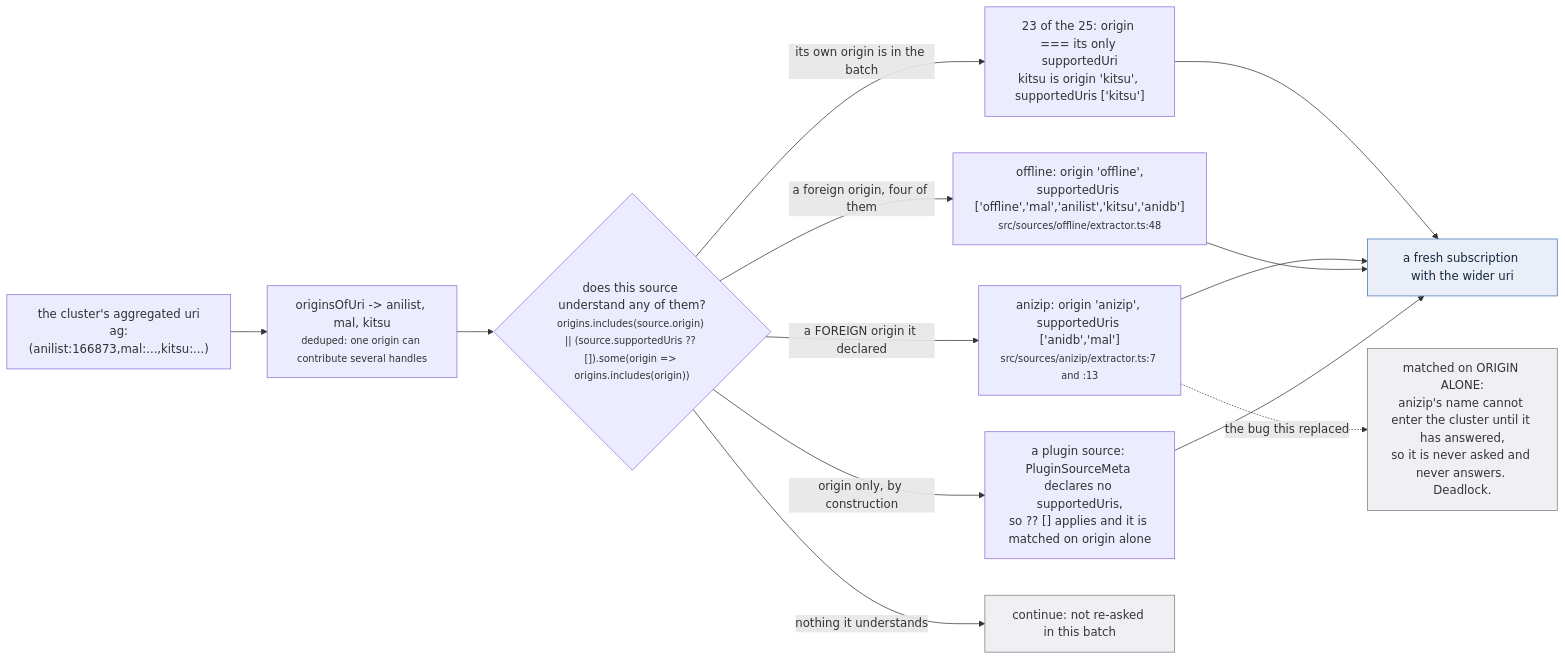
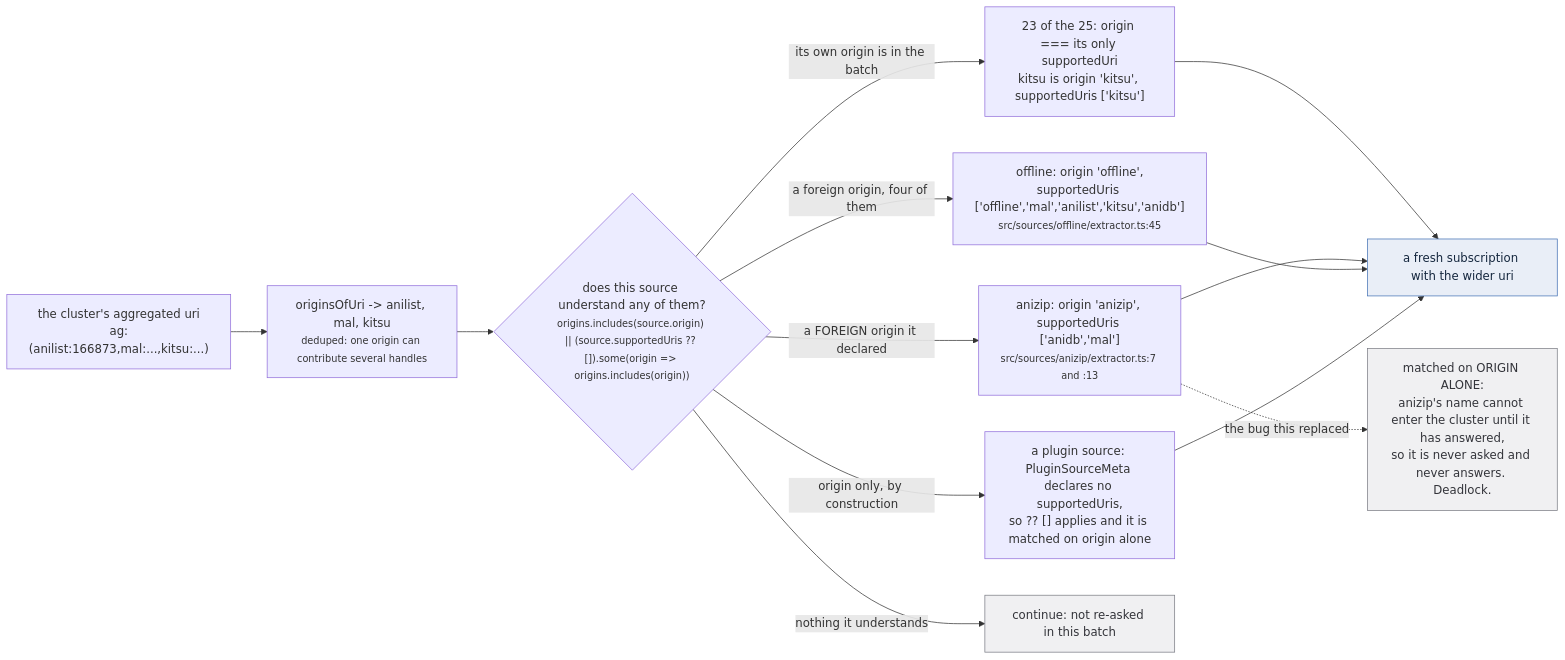
The third of 4 diagrams in docs/src/content/docs/request/re-ask.md (banou26/stub), drawn with Mermaid before and after one commit. The commit also changed other lines of this file and 68 other files, not shown here.

````diff
--- a/docs/src/content/docs/request/re-ask.md
+++ b/docs/src/content/docs/request/re-ask.md
@@ -233,33 +233,33 @@
 ```mermaid
 flowchart LR
   URI["the cluster's aggregated uri<br/>ag:(anilist:166873,mal:...,kitsu:...)"]
   ORIG["originsOfUri -&gt; anilist, mal, kitsu<br/><small>deduped: one origin can contribute several handles</small>"]
   D{"does this source understand any of them?<br/><small>origins.includes(source.origin) || (source.supportedUris ?? []).some(origin => origins.includes(origin))</small>"}
   SELF["23 of the 25: origin === its only supportedUri<br/>kitsu is origin 'kitsu', supportedUris ['kitsu']"]
   AZ["anizip: origin 'anizip', supportedUris ['anidb','mal']<br/><small>src/sources/anizip/extractor.ts:7 and :13</small>"]
-  OFF["offline: origin 'offline',<br/>supportedUris ['offline','mal','anilist','kitsu','anidb']<br/><small>src/sources/offline/extractor.ts:48</small>"]
+  OFF["offline: origin 'offline',<br/>supportedUris ['offline','mal','anilist','kitsu','anidb']<br/><small>src/sources/offline/extractor.ts:45</small>"]
   PLUG["a plugin source: PluginSourceMeta declares no supportedUris,<br/>so ?? [] applies and it is matched on origin alone"]
   DEAD["matched on ORIGIN ALONE:<br/>anizip's name cannot enter the cluster until it has answered,<br/>so it is never asked and never answers. Deadlock."]
   ASK["a fresh subscription with the wider uri"]
   NO["continue: not re-asked in this batch"]
 
   URI --> ORIG
   ORIG --> D
   D -->|"its own origin is in the batch"| SELF
   D -->|"a FOREIGN origin it declared"| AZ
   D -->|"a foreign origin, four of them"| OFF
   D -->|"origin only, by construction"| PLUG
   D -->|"nothing it understands"| NO
   SELF --> ASK
   AZ --> ASK
   OFF --> ASK
   PLUG --> ASK
   AZ -.the bug this replaced.-> DEAD
 
   classDef irrev fill:#fbeae7,stroke:#b03f33,color:#3a1512
   classDef ratchet fill:#faf1e0,stroke:#8f5a0e,color:#3a2a08
   classDef view fill:#e9eef7,stroke:#4572b5,color:#16283f
   classDef refuse fill:#f0f0f2,stroke:#7b7d85,color:#33343a
   class NO,DEAD refuse
   class ASK view
 ```
````
